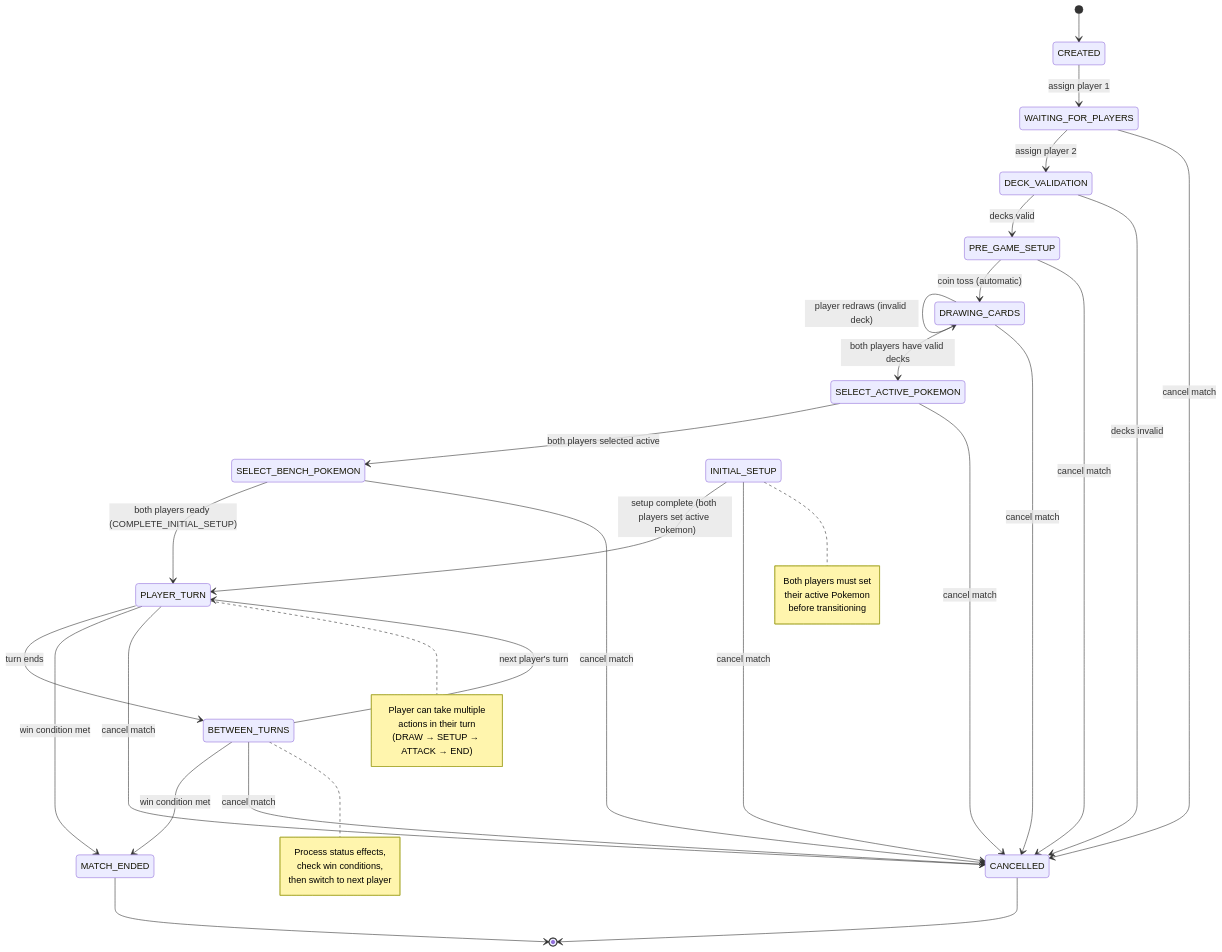
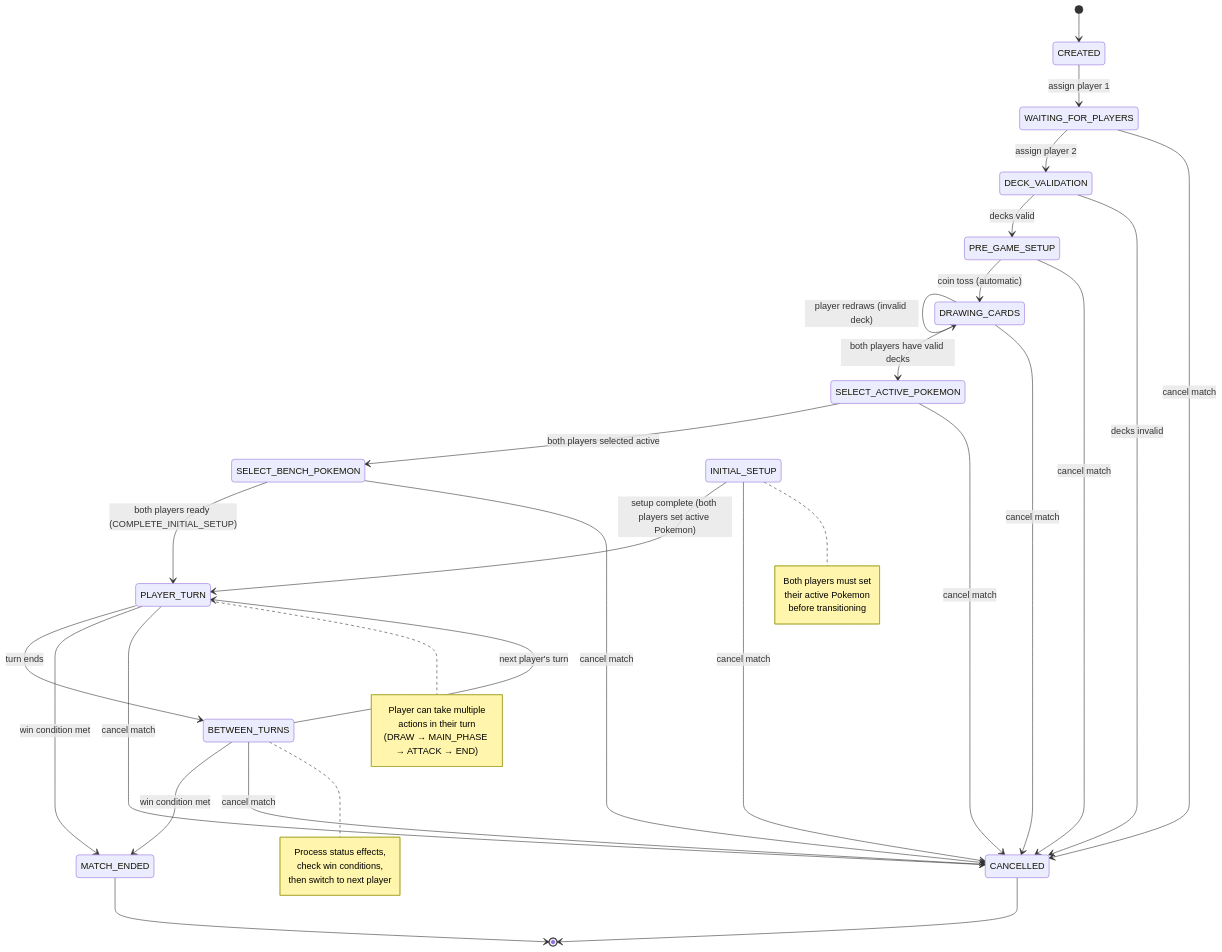
The diagram in docs/MATCH-STATE-MACHINE-DIAGRAM.md (3jesters/OpenTCG-Backend), drawn with Mermaid before and after one commit. The commit also changed other lines of this file and 48 other files, not shown here.

````diff
--- a/docs/MATCH-STATE-MACHINE-DIAGRAM.md
+++ b/docs/MATCH-STATE-MACHINE-DIAGRAM.md
@@ -7,57 +7,57 @@
 ```mermaid
 stateDiagram-v2
     [*] --> CREATED
     
     CREATED --> WAITING_FOR_PLAYERS: assign player 1
     
     WAITING_FOR_PLAYERS --> DECK_VALIDATION: assign player 2
     WAITING_FOR_PLAYERS --> CANCELLED: cancel match
     
     DECK_VALIDATION --> PRE_GAME_SETUP: decks valid
     DECK_VALIDATION --> CANCELLED: decks invalid
     
     PRE_GAME_SETUP --> DRAWING_CARDS: coin toss (automatic)
     PRE_GAME_SETUP --> CANCELLED: cancel match
     
     DRAWING_CARDS --> DRAWING_CARDS: player redraws (invalid deck)
     DRAWING_CARDS --> SELECT_ACTIVE_POKEMON: both players have valid decks
     DRAWING_CARDS --> CANCELLED: cancel match
     
     SELECT_ACTIVE_POKEMON --> SELECT_BENCH_POKEMON: both players selected active
     SELECT_ACTIVE_POKEMON --> CANCELLED: cancel match
     
     SELECT_BENCH_POKEMON --> PLAYER_TURN: both players ready (COMPLETE_INITIAL_SETUP)
     SELECT_BENCH_POKEMON --> CANCELLED: cancel match
     
     INITIAL_SETUP --> PLAYER_TURN: setup complete (both players set active Pokemon)
     INITIAL_SETUP --> CANCELLED: cancel match
     
     PLAYER_TURN --> BETWEEN_TURNS: turn ends
     PLAYER_TURN --> MATCH_ENDED: win condition met
     PLAYER_TURN --> CANCELLED: cancel match
     
     BETWEEN_TURNS --> PLAYER_TURN: next player's turn
     BETWEEN_TURNS --> MATCH_ENDED: win condition met
     BETWEEN_TURNS --> CANCELLED: cancel match
     
     MATCH_ENDED --> [*]
     CANCELLED --> [*]
     
     note right of INITIAL_SETUP
         Both players must set
         their active Pokemon
         before transitioning
     end note
     
     note right of PLAYER_TURN
         Player can take multiple
         actions in their turn
-        (DRAW → SETUP → ATTACK → END)
+        (DRAW → MAIN_PHASE → ATTACK → END)
     end note
     
     note right of BETWEEN_TURNS
         Process status effects,
         check win conditions,
         then switch to next player
     end note
 ```
````
